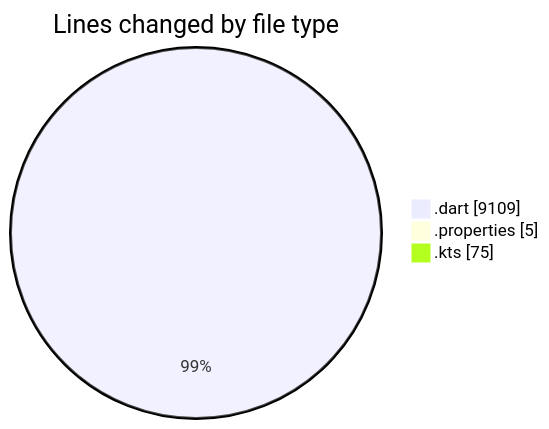
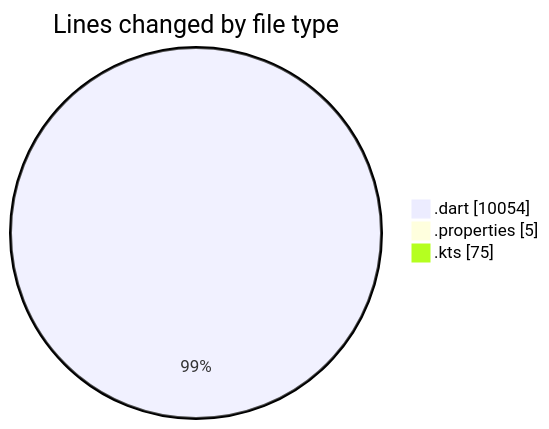
Before and after one commit to lephambinh05/code-tracking: the first of 2 diagrams in 2025-08-25/studybuddy/README.md, drawn with Mermaid. The commit also changed other lines of this file and 1 other file, not shown here.

````diff
--- a/2025-08-25/studybuddy/README.md
+++ b/2025-08-25/studybuddy/README.md
@@ -46,7 +48,7 @@
 ```mermaid
 pie showData
 title Lines changed by file type
-".dart" : 9109
+".dart" : 10054
 ".properties" : 5
 ".kts" : 75
 ```
````
